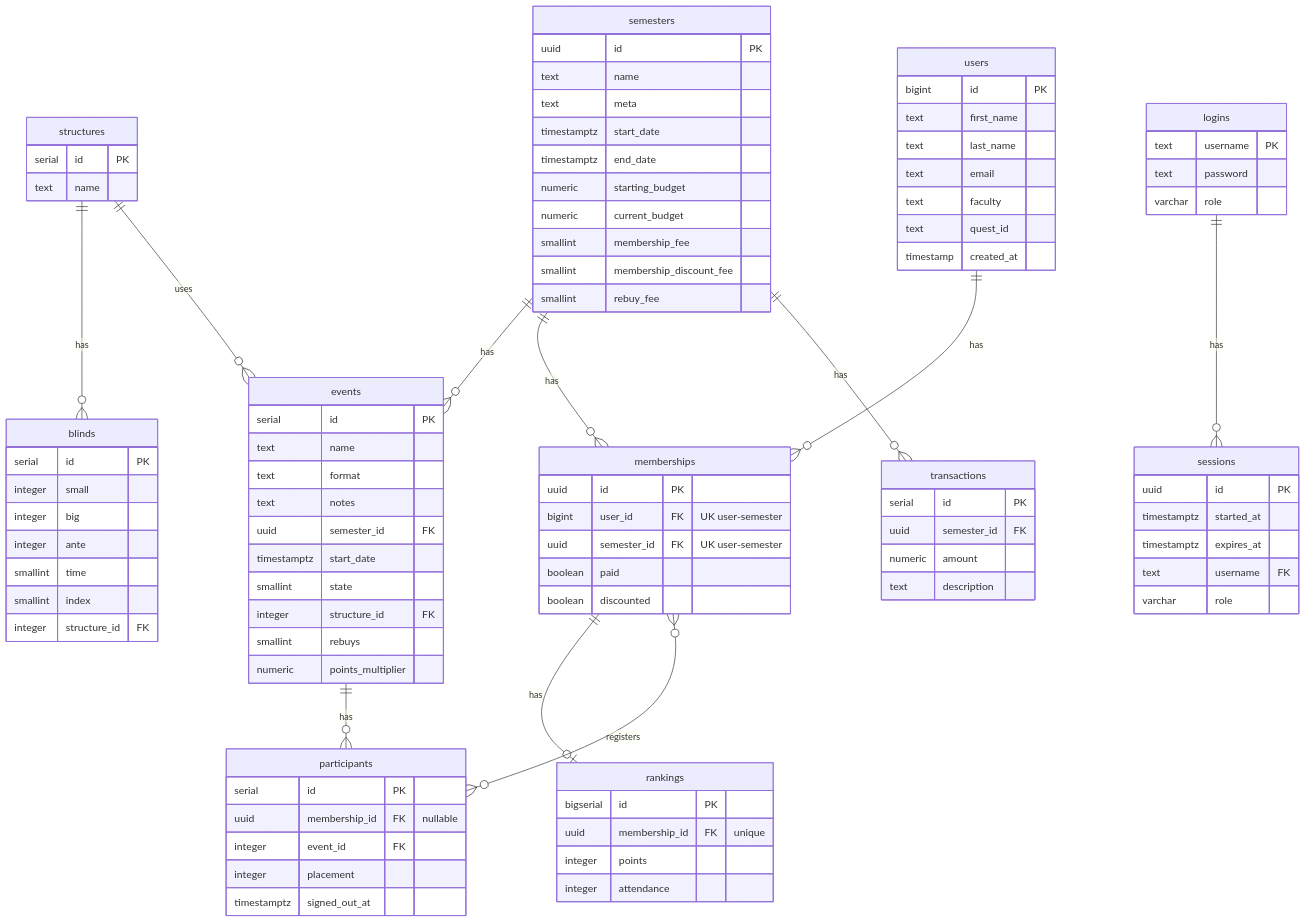
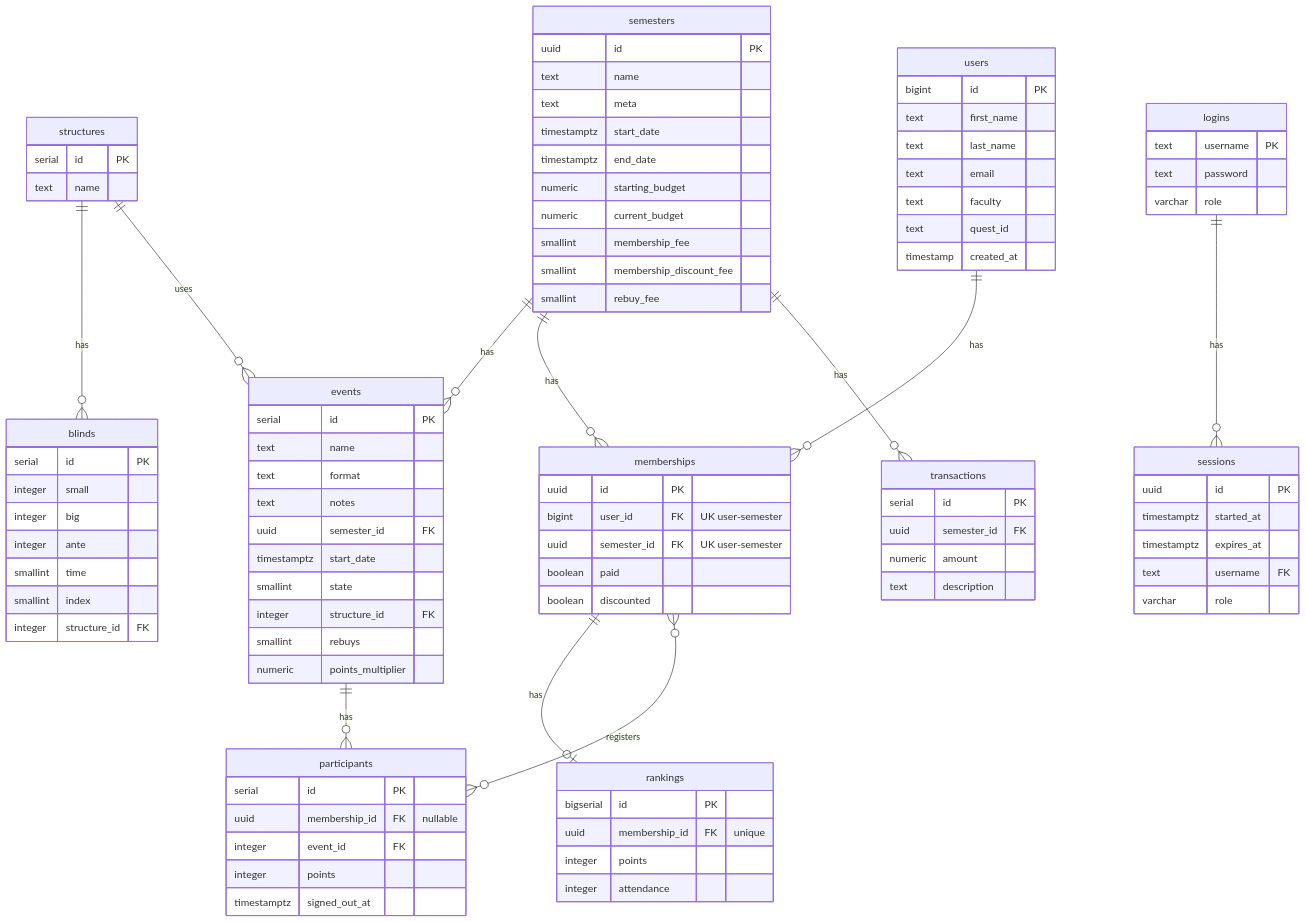
One commit to uwpokerclub/website changed the diagram in docs/database-schema.md. Above: the diagram before and after it, drawn with Mermaid. The commit also changed other lines of this file and 1 other file, not shown here.

Commit message:
docs(#425): update schema docs and comments for points column

```diff
--- a/docs/database-schema.md
+++ b/docs/database-schema.md
@@ -69,7 +69,7 @@
         serial id PK
         uuid membership_id FK "nullable"
         integer event_id FK
-        integer placement
+        integer points
         timestamptz signed_out_at
     }
 
```
